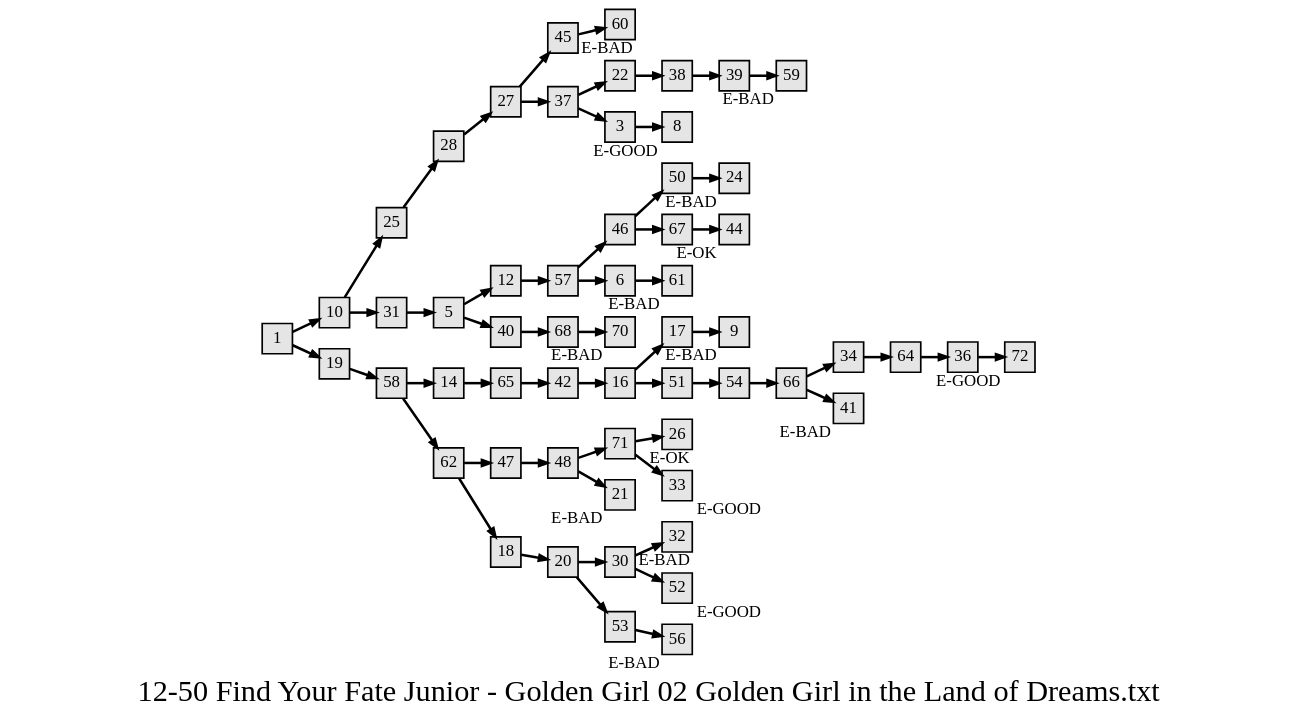
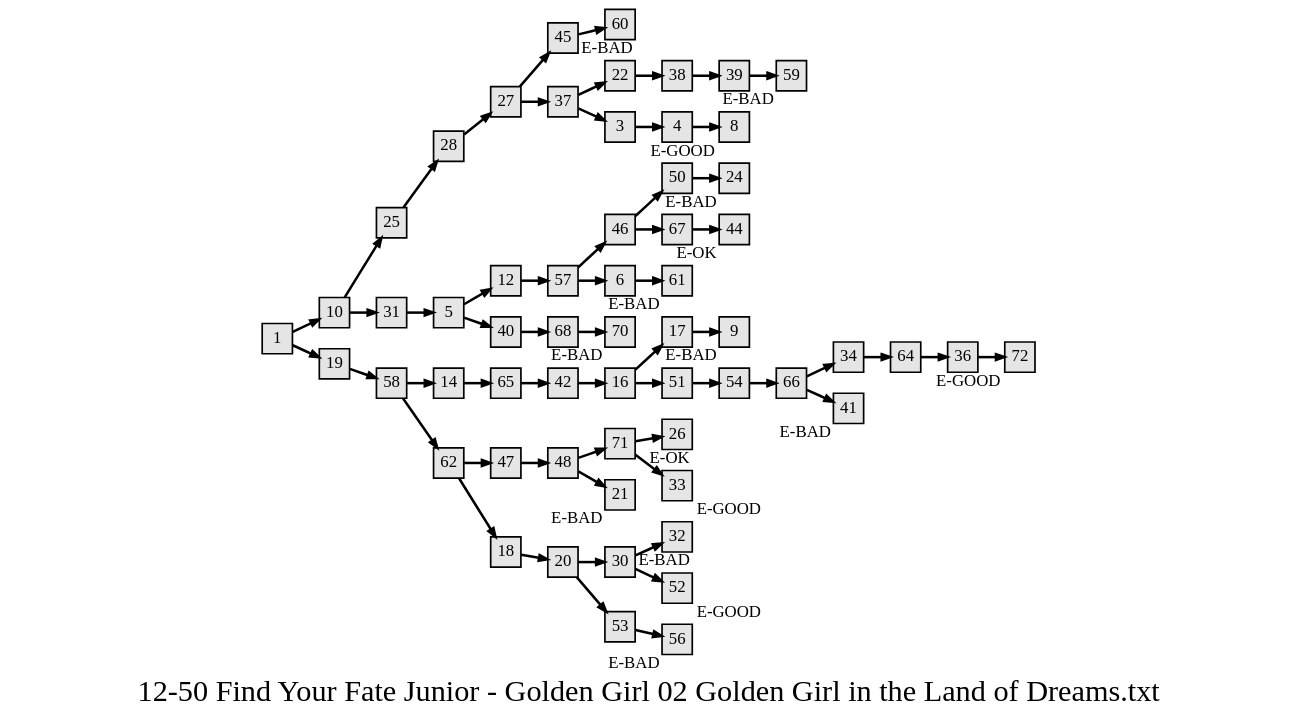
Before and after one commit to jeremydouglass/transverse-gallery: the diagram in assets/gamebooks/graphviz/12-50 Find Your Fate Junior - Golden Girl 02 Golden Girl in the Land of Dreams.txt.gv, drawn with Graphviz. The commit also changed 739 other files, not shown here.

Commit message:
Gamebooks: tgf, graphviz, images, thumbs, logs

```diff
--- a/assets/gamebooks/graphviz/12-50 Find Your Fate Junior - Golden Girl 02 Golden Girl in the Land of Dreams.txt.gv
+++ b/assets/gamebooks/graphviz/12-50 Find Your Fate Junior - Golden Girl 02 Golden Girl in the Land of Dreams.txt.gv
@@ -1,78 +1,79 @@
 digraph g{
   graph [ label="12-50 Find Your Fate Junior - Golden Girl 02 Golden Girl in the Land of Dreams.txt" rankdir=LR, ordering=out, fontsize=36, nodesep="0.35", ranksep="0.45"];
   node  [shape=rect, penwidth=2, fontsize=20, style=filled, fillcolor=grey90, margin="0,0", labelfloat=true, regular=true, fixedsize=true];
   edge  [labelfloat=true, penwidth=3, fontsize=12];
   1 -> 10;
   1 -> 19;
-  3 -> 8;
+  3 -> 4;
+  4 -> 8;
   5 -> 12;
   5 -> 40;
   6 -> 61;
   8	[ xlabel="E-GOOD" ];
   9	[ xlabel="E-BAD" ];
   10 -> 25;
   10 -> 31;
   12 -> 57;
   14 -> 65;
   16 -> 17;
   16 -> 51;
   17 -> 9;
   18 -> 20;
   19 -> 58;
   20 -> 30;
   20 -> 53;
   21	[ xlabel="E-BAD" ];
   22 -> 38;
   24	[ xlabel="E-BAD" ];
   25 -> 28;
   26	[ xlabel="E-OK" ];
   27 -> 45;
   27 -> 37;
   28 -> 27;
   30 -> 32;
   30 -> 52;
   31 -> 5;
   32	[ xlabel="E-BAD" ];
   33	[ xlabel="E-GOOD" ];
   34 -> 64;
   36 -> 72;
   37 -> 22;
   37 -> 3;
   38 -> 39;
   39 -> 59;
   40 -> 68;
   41	[ xlabel="E-BAD" ];
   42 -> 16;
   44	[ xlabel="E-OK" ];
   45 -> 60;
   46 -> 50;
   46 -> 67;
   47 -> 48;
   48 -> 71;
   48 -> 21;
   50 -> 24;
   51 -> 54;
   52	[ xlabel="E-GOOD" ];
   53 -> 56;
   54 -> 66;
   56	[ xlabel="E-BAD" ];
   57 -> 46;
   57 -> 6;
   58 -> 14;
   58 -> 62;
   59	[ xlabel="E-BAD" ];
   60	[ xlabel="E-BAD" ];
   61	[ xlabel="E-BAD" ];
   62 -> 47;
   62 -> 18;
   64 -> 36;
   65 -> 42;
   66 -> 34;
   66 -> 41;
   67 -> 44;
   68 -> 70;
   70	[ xlabel="E-BAD" ];
   71 -> 26;
   71 -> 33;
   72	[ xlabel="E-GOOD" ];
 }
```
